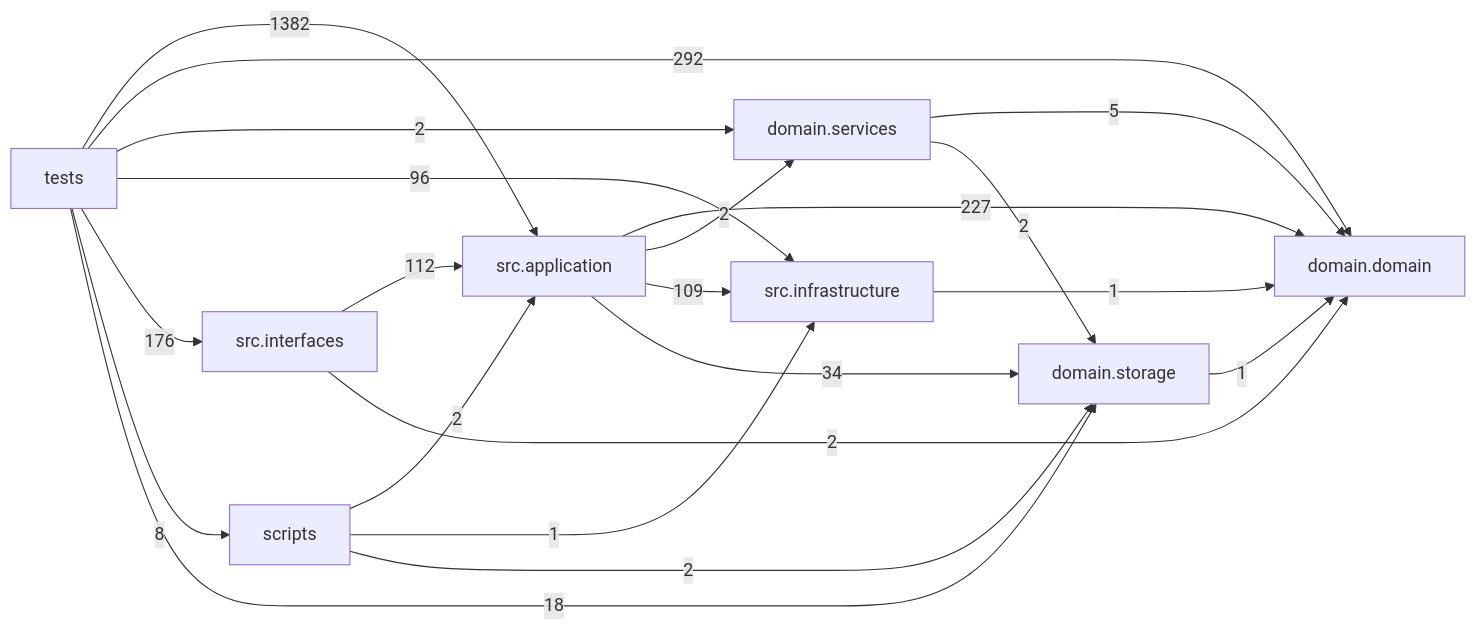
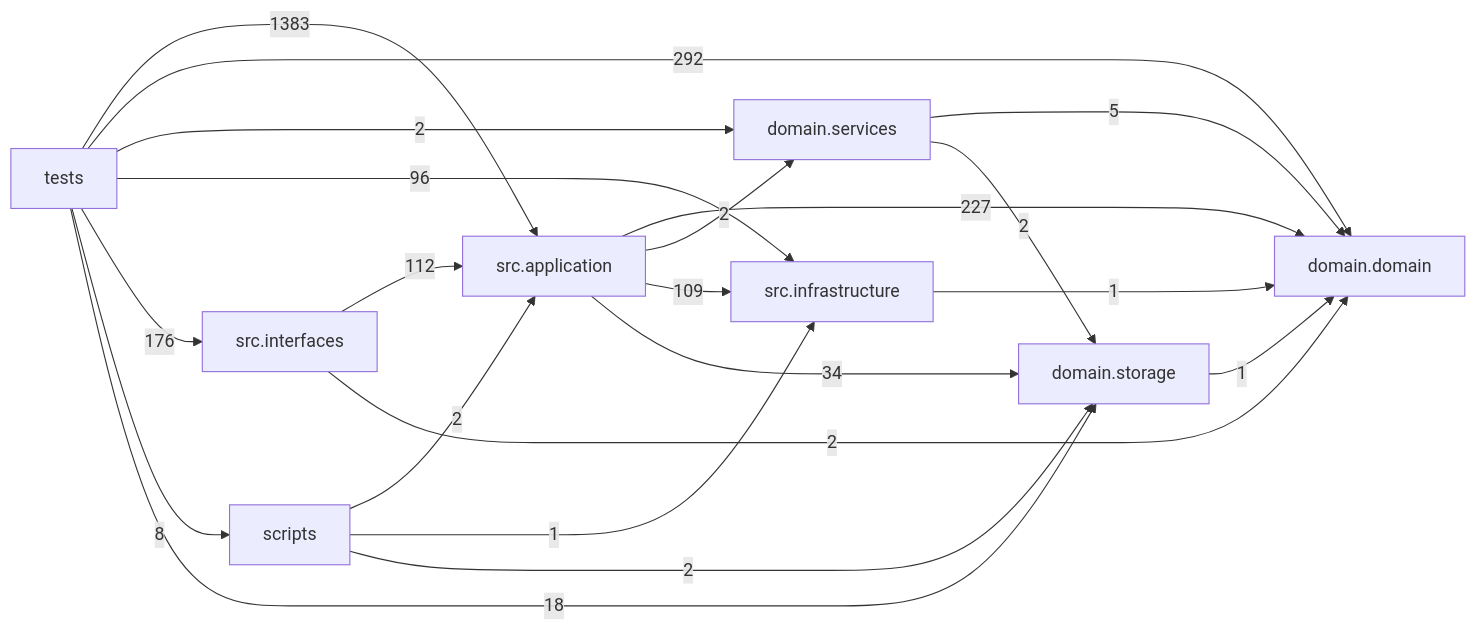
One commit to liuxie066/options-monitor changed the diagram in docs/DEPENDENCY_GRAPH.md. Above: the diagram before and after it, drawn with Mermaid. The commit also changed other lines of this file and 15 other files, not shown here.

````diff
--- a/docs/DEPENDENCY_GRAPH.md
+++ b/docs/DEPENDENCY_GRAPH.md
@@ -24,31 +24,31 @@
 ```mermaid
 flowchart LR
   tests["tests"]
   scripts["scripts"]
   interfaces["src.interfaces"]
   application["src.application"]
   infrastructure["src.infrastructure"]
   domain_services["domain.services"]
   domain["domain.domain"]
   storage["domain.storage"]
   application -->|227| domain
   application -->|2| domain_services
   application -->|109| infrastructure
   application -->|34| storage
   domain_services -->|5| domain
   domain_services -->|2| storage
   infrastructure -->|1| domain
   interfaces -->|112| application
   interfaces -->|2| domain
   scripts -->|2| application
   scripts -->|1| infrastructure
   scripts -->|2| storage
   storage -->|1| domain
-  tests -->|1382| application
+  tests -->|1383| application
   tests -->|292| domain
   tests -->|2| domain_services
   tests -->|96| infrastructure
   tests -->|176| interfaces
   tests -->|8| scripts
   tests -->|18| storage
 ```
````
